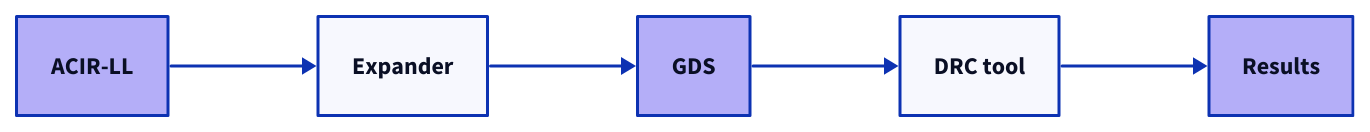
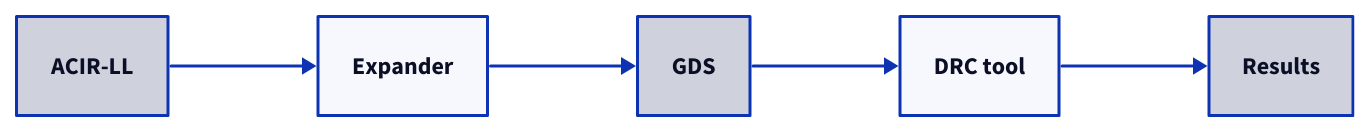
One commit to daniellovell/cascode changed the diagram in docs/rfcs/resources/0001/drc.d2. Above: the diagram before and after it, drawn with D2. The commit also changed 9 other files, not shown here. The source asks for the TALA layout; these drawings use dagre instead.

```diff
--- a/docs/rfcs/resources/0001/drc.d2
+++ b/docs/rfcs/resources/0001/drc.d2
@@ -1,15 +1,15 @@
 vars: {
   d2-config: {
     layout-engine: tala
   }
 }
 
 direction: right
 
-acir: "ACIR-LL" {style.fill: "#b4aef8"}
+acir: "ACIR-LL" {style.fill: "#cfd2dd"}
 expander: "Expander"
-gds: "GDS" {style.fill: "#b4aef8"}
+gds: "GDS" {style.fill: "#cfd2dd"}
 drc: "DRC tool"
-results: "Results" {style.fill: "#b4aef8"}
+results: "Results" {style.fill: "#cfd2dd"}
 
 acir -> expander -> gds -> drc -> results
```
